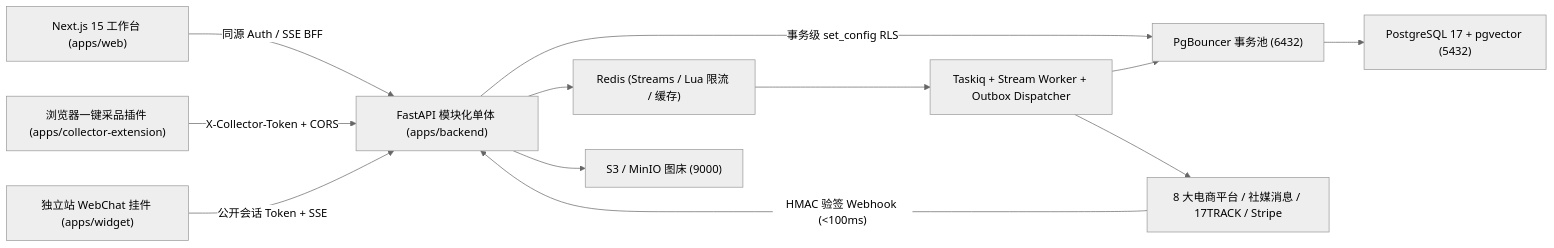
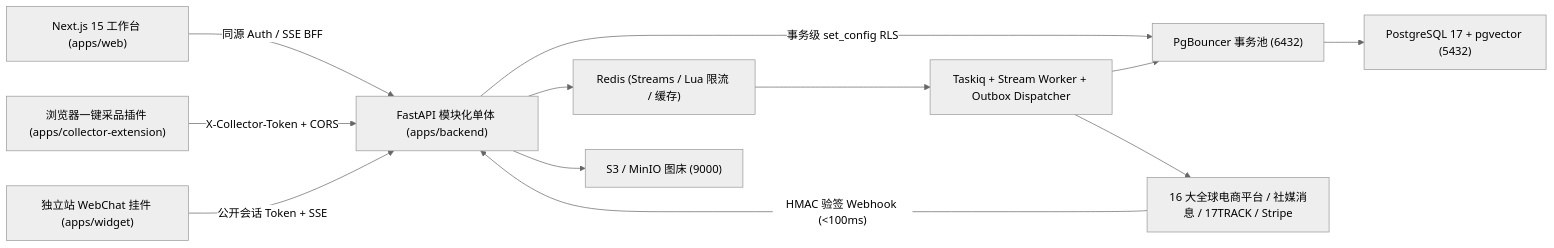
Before and after one commit to se7en-Go/ai-native-erp: the diagram in README.md, drawn with Mermaid (neutral theme). The commit also changed other lines of this file and 43 other files, not shown here.

````diff
--- a/README.md
+++ b/README.md
@@ -30,16 +30,16 @@
 ```mermaid
 flowchart LR
   Web["Next.js 15 工作台 (apps/web)"] -->|"同源 Auth / SSE BFF"| API
   Ext["浏览器一键采品插件 (apps/collector-extension)"] -->|"X-Collector-Token + CORS"| API
   Widget["独立站 WebChat 挂件 (apps/widget)"] -->|"公开会话 Token + SSE"| API
-  Platforms["8 大电商平台 / 社媒消息 / 17TRACK / Stripe"] -->|"HMAC 验签 Webhook (<100ms)"| API
+  Platforms["16 大全球电商平台 / 社媒消息 / 17TRACK / Stripe"] -->|"HMAC 验签 Webhook (<100ms)"| API
 
   API["FastAPI 模块化单体 (apps/backend)"] -->|"事务级 set_config RLS"| PgBouncer["PgBouncer 事务池 (6432)"]
   PgBouncer --> PG["PostgreSQL 17 + pgvector (5432)"]
   API --> Redis["Redis (Streams / Lua 限流 / 缓存)"]
   API --> S3["S3 / MinIO 图床 (9000)"]
 
   Redis --> Worker["Taskiq + Stream Worker + Outbox Dispatcher"]
   Worker --> PgBouncer
   Worker --> Platforms
 ```
````
